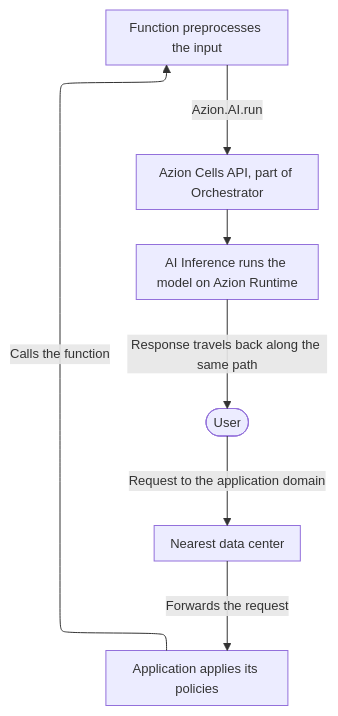
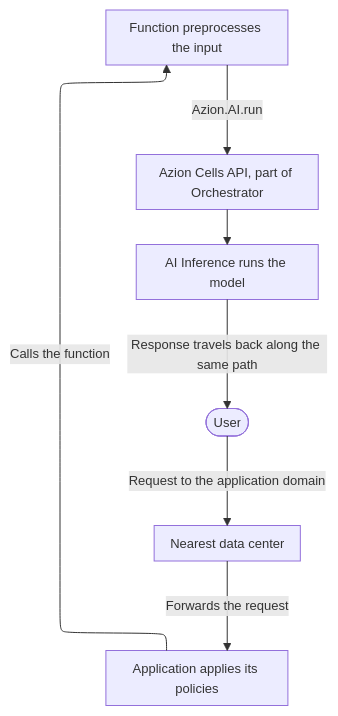
The diagram in apps/docs/src/content/docs/en/pages/main-menu/reference/ai-inference/how-it-works.mdx (aziontech/docs), drawn with Mermaid before and after one commit. The commit also changed other lines of this file and 77 other files, not shown here.

````diff
--- a/apps/docs/src/content/docs/en/pages/main-menu/reference/ai-inference/how-it-works.mdx
+++ b/apps/docs/src/content/docs/en/pages/main-menu/reference/ai-inference/how-it-works.mdx
@@ -39,10 +39,10 @@
 ```mermaid
 %%{init: {"layout": "elk", "themeVariables": {"fontSize": "13px"}, "flowchart": {"nodeSpacing": 24, "rankSpacing": 36, "padding": 8, "wrappingWidth": 150, "useMaxWidth": true}, "sequence": {"width": 120, "actorMargin": 30, "useMaxWidth": true}}}%%
 flowchart TD
   User(["User"]) -->|"Request to the application domain"| DC["Nearest data center"]
   DC -->|"Forwards the request"| App["Application applies its policies"]
   App -->|"Calls the function"| Fn["Function preprocesses the input"]
   Fn -->|"Azion.AI.run"| Cells["Azion Cells API, part of Orchestrator"]
-  Cells --> Model["AI Inference runs the model on Azion Runtime"]
+  Cells --> Model["AI Inference runs the model"]
   Model -->|"Response travels back along the same path"| User
 ```
````
